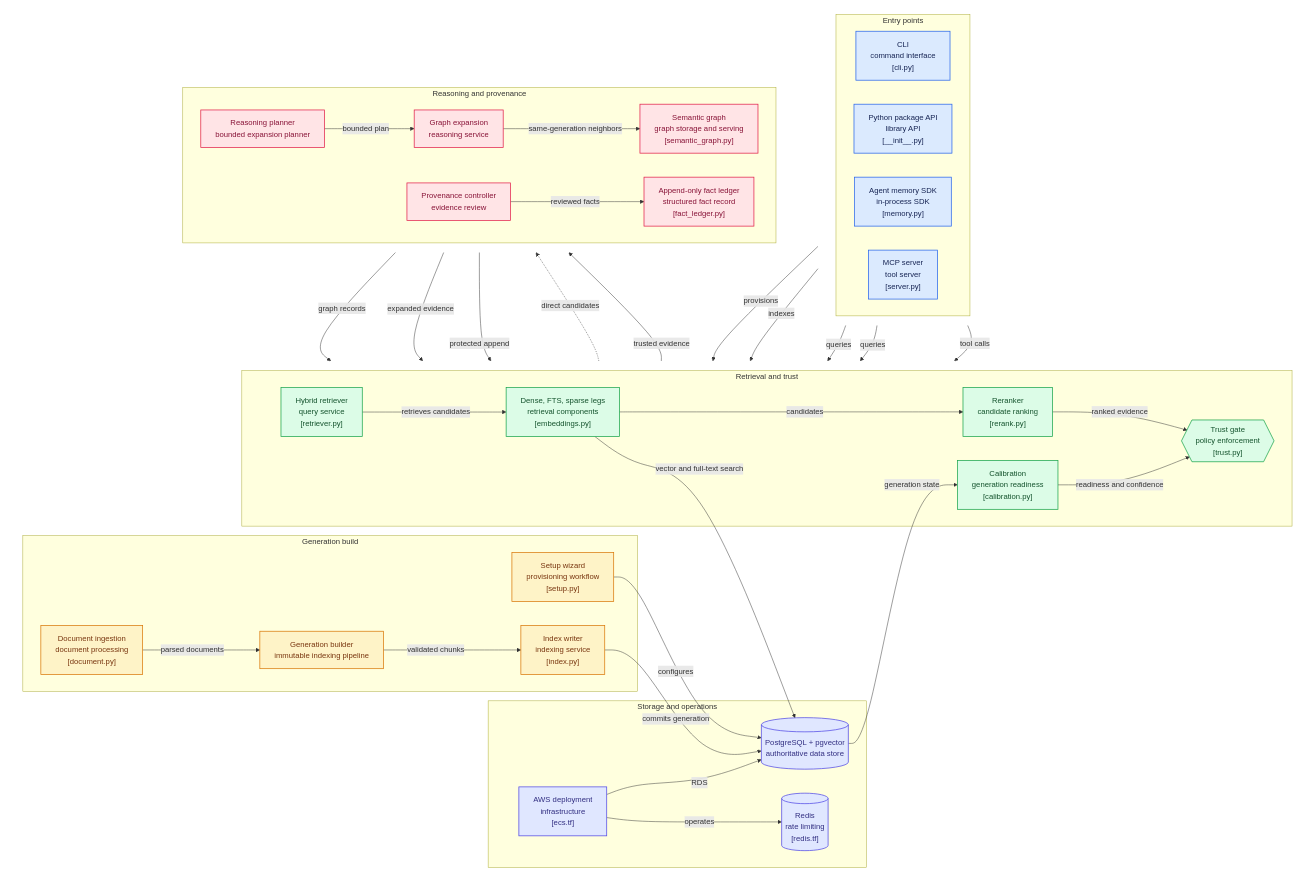
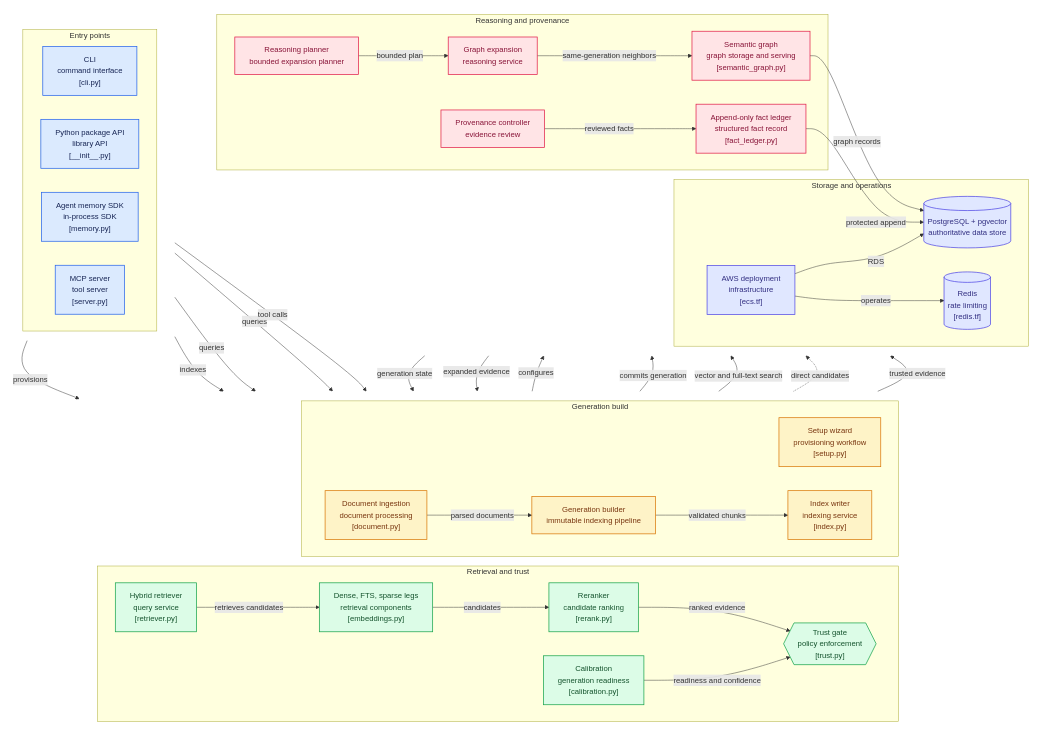
The diagram in README.md (GiulioDER/RE-call), drawn with Mermaid before and after one commit.

Commit message:
Move README storage group to indicated position

```diff
--- a/README.md
+++ b/README.md
@@ -84,11 +84,6 @@
     node_indexer["Index writer<br/>indexing service<br/>[index.py]"]
   end
 
-  subgraph group_storage["Storage and operations"]
-    node_postgres[("PostgreSQL + pgvector<br/>authoritative data store")]
-    node_redis[("Redis<br/>rate limiting<br/>[redis.tf]")]
-    node_aws_deployment["AWS deployment<br/>infrastructure<br/>[ecs.tf]"]
-  end
 end
 
 subgraph row_bottom[" "]
@@ -99,6 +94,12 @@
     node_semantic_graph["Semantic graph<br/>graph storage and serving<br/>[semantic_graph.py]"]
     node_provenance["Provenance controller<br/>evidence review"]
     node_fact_ledger["Append-only fact ledger<br/>structured fact record<br/>[fact_ledger.py]"]
+  end
+
+  subgraph group_storage["Storage and operations"]
+    node_postgres[("PostgreSQL + pgvector<br/>authoritative data store")]
+    node_redis[("Redis<br/>rate limiting<br/>[redis.tf]")]
+    node_aws_deployment["AWS deployment<br/>infrastructure<br/>[ecs.tf]"]
   end
 end
 
```
